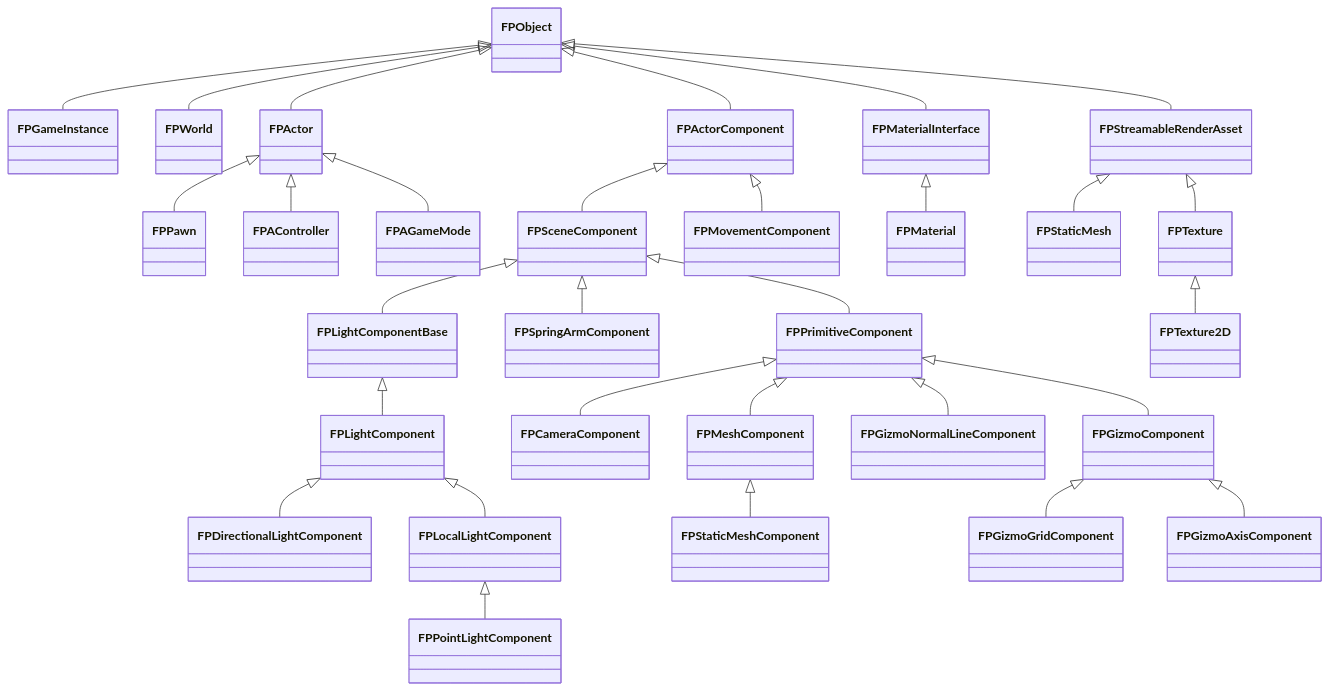
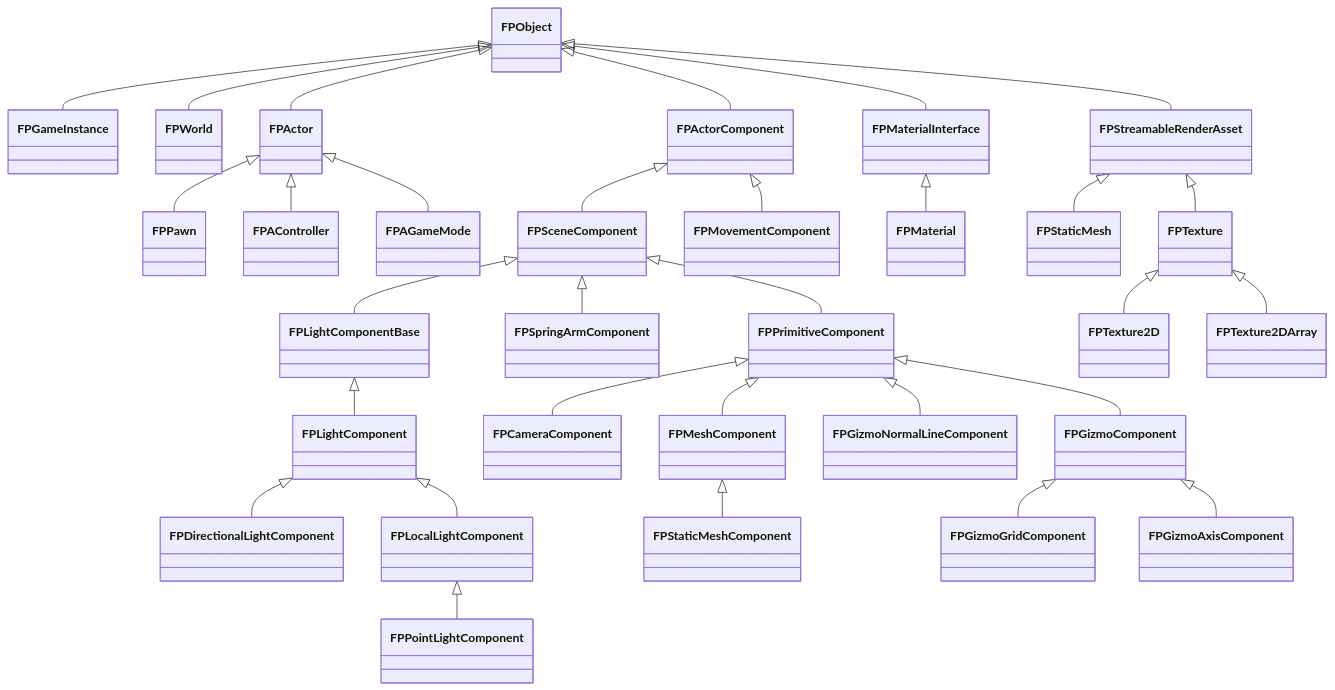
Before and after one commit to Gat-Young/ForestPearlEngine: the second of 16 diagrams in README.md, drawn with Mermaid. The commit also changed other lines of this file, not shown here.

````diff
--- a/README.md
+++ b/README.md
@@ -281,32 +284,33 @@
 ```mermaid
 classDiagram
     FPObject <|-- FPGameInstance
     FPObject <|-- FPWorld
     FPObject <|-- FPActor
     FPObject <|-- FPActorComponent
     FPObject <|-- FPMaterialInterface
     FPObject <|-- FPStreamableRenderAsset
     FPActor <|-- FPPawn
     FPActor <|-- FPAController
     FPActor <|-- FPAGameMode
     FPActorComponent <|-- FPSceneComponent
     FPActorComponent <|-- FPMovementComponent
     FPSceneComponent <|-- FPPrimitiveComponent
     FPSceneComponent <|-- FPSpringArmComponent
     FPPrimitiveComponent <|-- FPMeshComponent
     FPPrimitiveComponent <|-- FPCameraComponent
     FPPrimitiveComponent <|-- FPGizmoComponent
     FPPrimitiveComponent <|-- FPGizmoNormalLineComponent
     FPSceneComponent <|-- FPLightComponentBase
     FPLightComponentBase <|-- FPLightComponent
     FPLightComponent <|-- FPDirectionalLightComponent
     FPLightComponent <|-- FPLocalLightComponent
     FPLocalLightComponent <|-- FPPointLightComponent
     FPMeshComponent <|-- FPStaticMeshComponent
     FPGizmoComponent <|-- FPGizmoGridComponent
     FPGizmoComponent <|-- FPGizmoAxisComponent
     FPMaterialInterface <|-- FPMaterial
     FPStreamableRenderAsset <|-- FPStaticMesh
     FPStreamableRenderAsset <|-- FPTexture
     FPTexture <|-- FPTexture2D
+    FPTexture <|-- FPTexture2DArray
 ```
````
